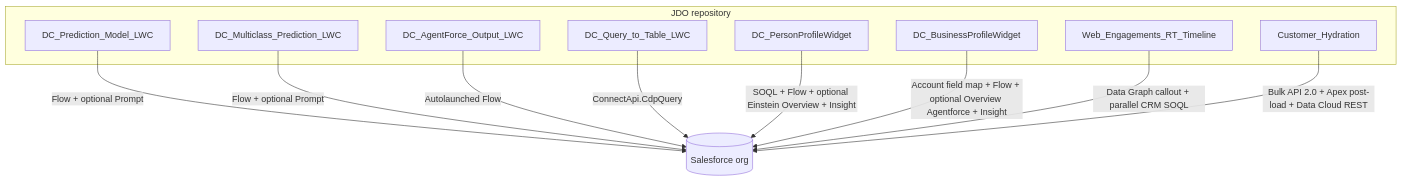
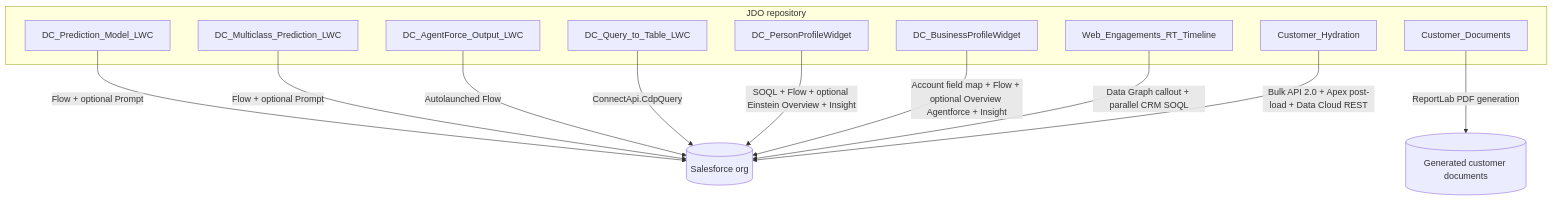
Before and after one commit to josers18/JDO: the diagram in docs/MONOREPO_OVERVIEW.md, drawn with Mermaid. The commit also changed other lines of this file and 11 other files, not shown here.

````diff
--- a/docs/MONOREPO_OVERVIEW.md
+++ b/docs/MONOREPO_OVERVIEW.md
@@ -7,21 +7,23 @@
 ```mermaid
 flowchart TB
     subgraph repo [JDO repository]
         P[DC_Prediction_Model_LWC]
         M[DC_Multiclass_Prediction_LWC]
         A[DC_AgentForce_Output_LWC]
         Q[DC_Query_to_Table_LWC]
         C[DC_PersonProfileWidget]
         B[DC_BusinessProfileWidget]
         W[Web_Engagements_RT_Timeline]
         H[Customer_Hydration]
+        D[Customer_Documents]
     end
     P --> |Flow + optional Prompt| SF[(Salesforce org)]
     M --> |Flow + optional Prompt| SF
     A --> |Autolaunched Flow| SF
     Q --> |ConnectApi.CdpQuery| SF
     C --> |SOQL + Flow + optional Einstein Overview + Insight| SF
     B --> |Account field map + Flow + optional Overview Agentforce + Insight| SF
     W --> |Data Graph callout + parallel CRM SOQL| SF
     H --> |Bulk API 2.0 + Apex post-load + Data Cloud REST| SF
+    D --> |ReportLab PDF generation| PDF[(Generated customer documents)]
 ```
````
